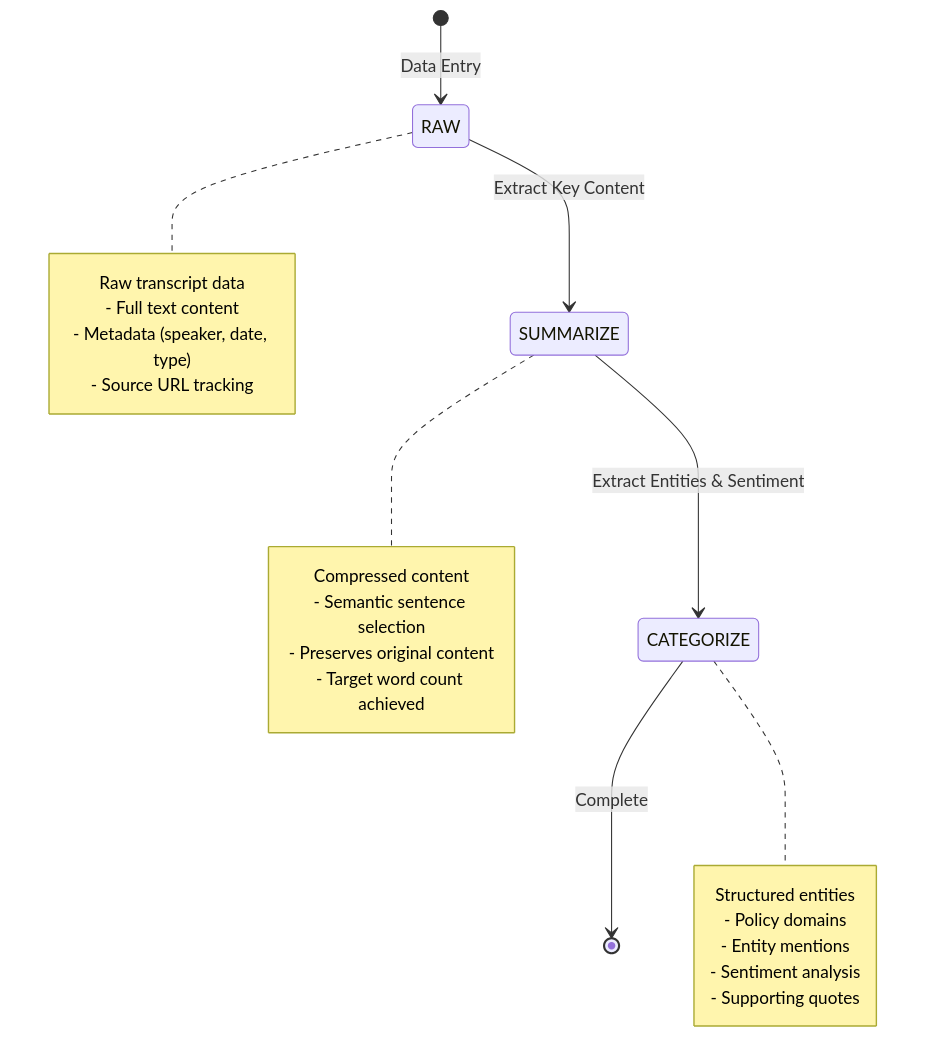
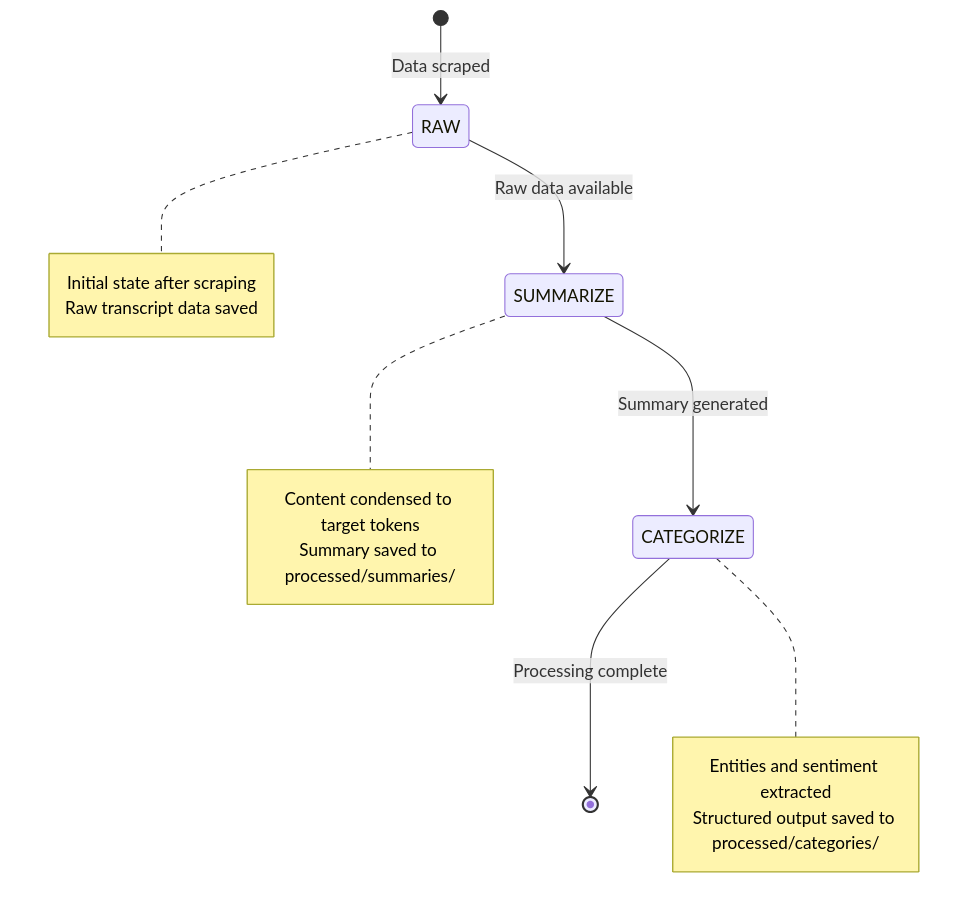
The second of 5 diagrams in documentation/architecture.md (dmitriyratu/DiscourseKG), drawn with Mermaid before and after one commit. The commit also changed other lines of this file and 16 other files, not shown here.

````diff
--- a/documentation/architecture.md
+++ b/documentation/architecture.md
@@ -136,29 +79,22 @@
 ```mermaid
 stateDiagram-v2
-    [*] --> RAW : Data Entry
-    RAW --> SUMMARIZE : Extract Key Content
-    SUMMARIZE --> CATEGORIZE : Extract Entities & Sentiment
-    CATEGORIZE --> [*] : Complete
+    [*] --> RAW: Data scraped
+    RAW --> SUMMARIZE: Raw data available
+    SUMMARIZE --> CATEGORIZE: Summary generated
+    CATEGORIZE --> [*]: Processing complete
     
     note right of RAW
-        Raw transcript data
-        - Full text content
-        - Metadata (speaker, date, type)
-        - Source URL tracking
+        Initial state after scraping
+        Raw transcript data saved
     end note
     
     note right of SUMMARIZE
-        Compressed content
-        - Semantic sentence selection
-        - Preserves original content
-        - Target word count achieved
+        Content condensed to target tokens
+        Summary saved to processed/summaries/
     end note
     
     note right of CATEGORIZE
-        Structured entities
-        - Policy domains
-        - Entity mentions
-        - Sentiment analysis
-        - Supporting quotes
+        Entities and sentiment extracted
+        Structured output saved to processed/categories/
     end note
 ```
````
